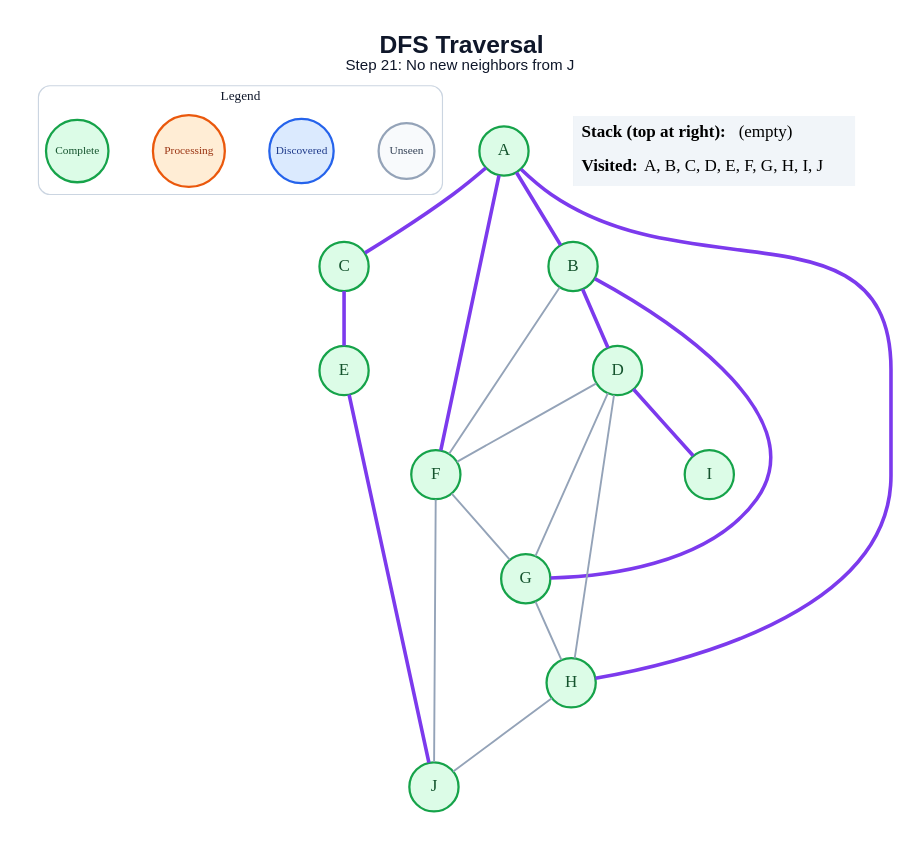
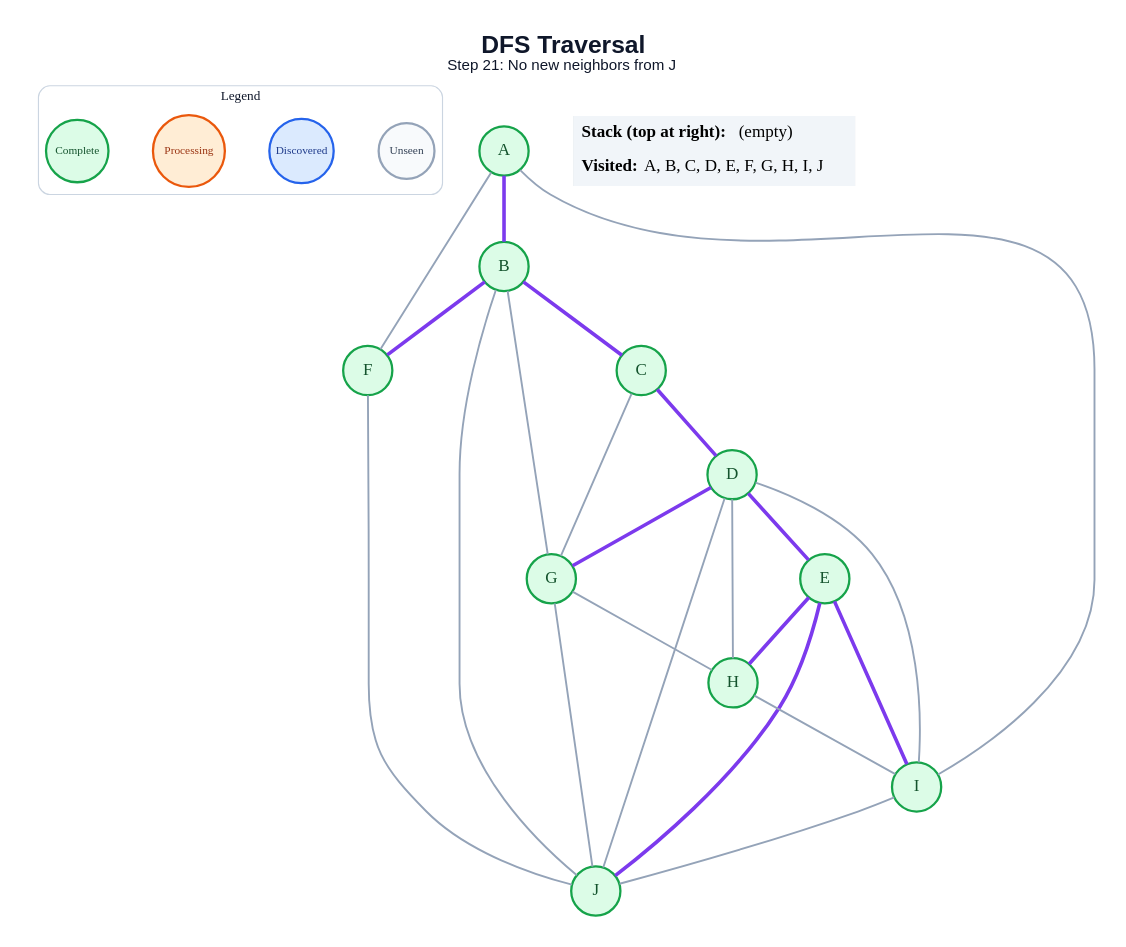
One commit to anon7238593-create/ai-slop changed the diagram in generated/specific-node/dfs/step_21.dot. Above: the diagram before and after it, drawn with Graphviz. The commit also changed 171 other files, not shown here.

```diff
--- a/generated/specific-node/dfs/step_21.dot
+++ b/generated/specific-node/dfs/step_21.dot
@@ -1,46 +1,51 @@
 graph traversal {
   graph [layout=dot, rankdir=TB, bgcolor="#FFFFFF", pad="0.35", nodesep="0.65", ranksep="0.8", fontname="Arial"];
   node [shape=circle, style="filled", fontname="Arial Bold", fontsize=18, width=0.72, fixedsize=true, penwidth=2.4];
   edge [color="#94A3B8", penwidth=2.0];
   label=<<B>DFS Traversal</B><BR/><FONT POINT-SIZE="16">Step 21: No new neighbors from J</FONT>>; labelloc="t"; fontsize=26; fontname="Arial"; fontcolor="#0F172A";
   subgraph cluster_legend { label="Legend"; color="#CBD5E1"; penwidth=1.2; style="rounded"; fontsize=14; fontname="Arial Bold";
     key_unseen [label="Unseen", fillcolor="#F8FAFC", color="#94A3B8", fontcolor="#334155", fontsize=12, width=0.82];
     key_frontier [label="Discovered", fillcolor="#DBEAFE", color="#2563EB", fontcolor="#1E3A8A", fontsize=12, width=0.95];
     key_current [label="Processing", fillcolor="#FFEDD5", color="#EA580C", fontcolor="#9A3412", fontsize=12, width=1.05];
     key_done [label="Complete", fillcolor="#DCFCE7", color="#16A34A", fontcolor="#14532D", fontsize=12, width=0.92];
     { rank=same; key_unseen; key_frontier; key_current; key_done; }
   }
   A [fillcolor="#DCFCE7", color="#16A34A", fontcolor="#14532D"];
   B [fillcolor="#DCFCE7", color="#16A34A", fontcolor="#14532D"];
   C [fillcolor="#DCFCE7", color="#16A34A", fontcolor="#14532D"];
   D [fillcolor="#DCFCE7", color="#16A34A", fontcolor="#14532D"];
   E [fillcolor="#DCFCE7", color="#16A34A", fontcolor="#14532D"];
   F [fillcolor="#DCFCE7", color="#16A34A", fontcolor="#14532D"];
   G [fillcolor="#DCFCE7", color="#16A34A", fontcolor="#14532D"];
   H [fillcolor="#DCFCE7", color="#16A34A", fontcolor="#14532D"];
   I [fillcolor="#DCFCE7", color="#16A34A", fontcolor="#14532D"];
   J [fillcolor="#DCFCE7", color="#16A34A", fontcolor="#14532D"];
   A -- B [color="#7C3AED", penwidth=3.8];
-  A -- C [color="#7C3AED", penwidth=3.8];
-  A -- F [color="#7C3AED", penwidth=3.8];
-  A -- H [color="#7C3AED", penwidth=3.8];
-  B -- D [color="#7C3AED", penwidth=3.8];
-  B -- F;
-  B -- G [color="#7C3AED", penwidth=3.8];
-  C -- E [color="#7C3AED", penwidth=3.8];
-  D -- F;
-  D -- G;
+  A -- F;
+  A -- I;
+  B -- C [color="#7C3AED", penwidth=3.8];
+  B -- F [color="#7C3AED", penwidth=3.8];
+  B -- G;
+  B -- J;
+  C -- D [color="#7C3AED", penwidth=3.8];
+  C -- G;
+  D -- E [color="#7C3AED", penwidth=3.8];
+  D -- G [color="#7C3AED", penwidth=3.8];
   D -- H;
-  D -- I [color="#7C3AED", penwidth=3.8];
+  D -- I;
+  D -- J;
+  E -- H [color="#7C3AED", penwidth=3.8];
+  E -- I [color="#7C3AED", penwidth=3.8];
   E -- J [color="#7C3AED", penwidth=3.8];
-  F -- G;
   F -- J;
   G -- H;
-  H -- J;
+  G -- J;
+  H -- I;
+  I -- J;
   status [shape=plain, fixedsize=false, width=0, height=0, margin=0, label=<
     <TABLE BORDER="0" CELLBORDER="0" CELLPADDING="7" BGCOLOR="#F1F5F9">
       <TR><TD ALIGN="LEFT"><B>Stack (top at right):</B> (empty)</TD></TR>
       <TR><TD ALIGN="LEFT"><B>Visited:</B> A, B, C, D, E, F, G, H, I, J</TD></TR>
     </TABLE>
   >];
 }
```
